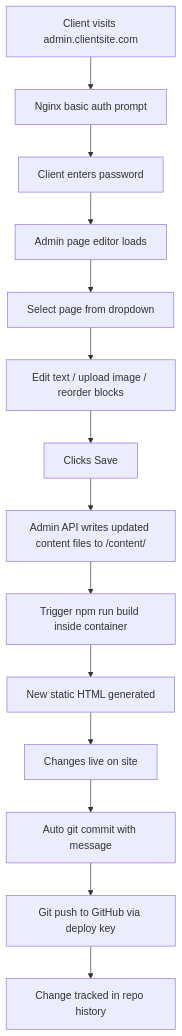
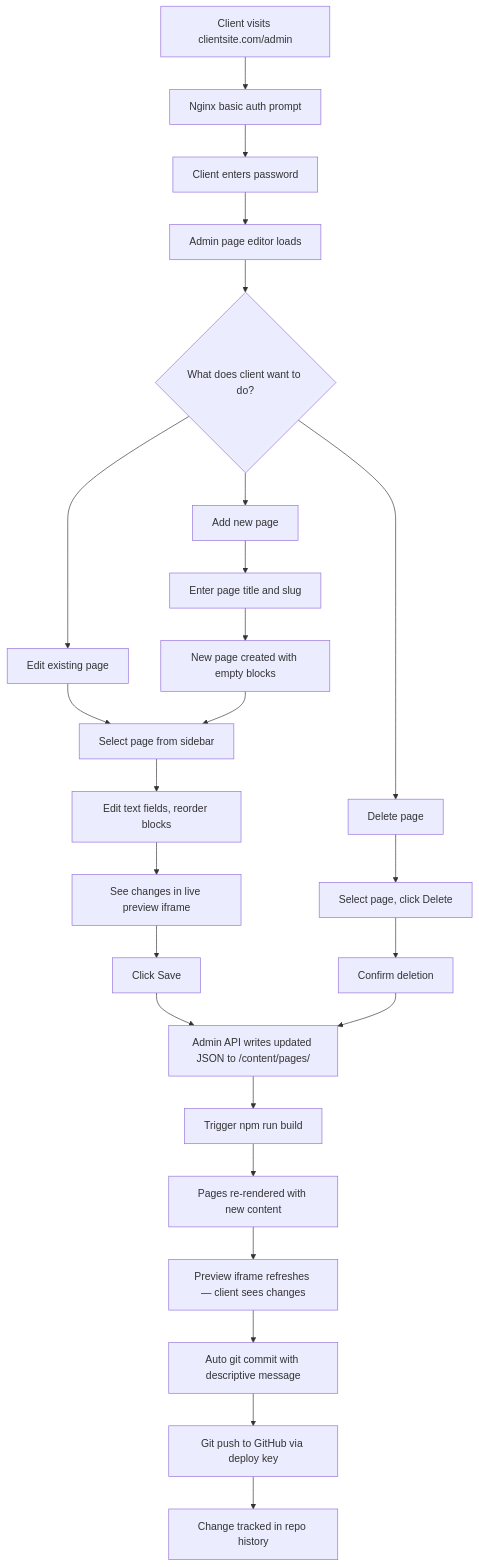
Before and after one commit to Hude06/JUDE_WEBSITE: the fifth of 10 diagrams in ARCHITECTURE.md, drawn with Mermaid. The commit also changed other lines of this file and 50 other files, not shown here.

````diff
--- a/ARCHITECTURE.md
+++ b/ARCHITECTURE.md
@@ -130,16 +139,31 @@
 ```mermaid
 flowchart TD
-    A[Client visits admin.clientsite.com] --> B[Nginx basic auth prompt]
+    A[Client visits clientsite.com/admin] --> B[Nginx basic auth prompt]
     B --> C[Client enters password]
     C --> D[Admin page editor loads]
-    D --> E[Select page from dropdown]
-    E --> F[Edit text / upload image / reorder blocks]
-    F --> G[Clicks Save]
-    G --> H[Admin API writes updated content files to /content/]
-    H --> I[Trigger npm run build inside container]
-    I --> J[New static HTML generated]
-    J --> K[Changes live on site]
-    K --> L[Auto git commit with message]
-    L --> M[Git push to GitHub via deploy key]
-    M --> N[Change tracked in repo history]
+    D --> E{What does client want to do?}
+    E --> F[Edit existing page]
+    E --> G[Add new page]
+    E --> H[Delete page]
+
+    F --> F1[Select page from sidebar]
+    F1 --> F2[Edit text fields, reorder blocks]
+    F2 --> F3[See changes in live preview iframe]
+    F3 --> F4[Click Save]
+
+    G --> G1[Enter page title and slug]
+    G1 --> G2[New page created with empty blocks]
+    G2 --> F1
+
+    H --> H1[Select page, click Delete]
+    H1 --> H2[Confirm deletion]
+
+    F4 --> I[Admin API writes updated JSON to /content/pages/]
+    H2 --> I
+    I --> J[Trigger npm run build]
+    J --> K[Pages re-rendered with new content]
+    K --> L[Preview iframe refreshes — client sees changes]
+    L --> M[Auto git commit with descriptive message]
+    M --> N[Git push to GitHub via deploy key]
+    N --> O[Change tracked in repo history]
 ```
````
